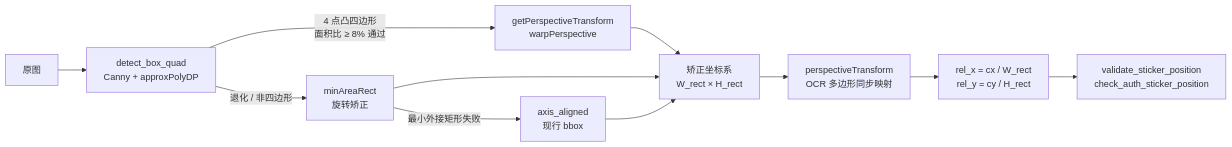
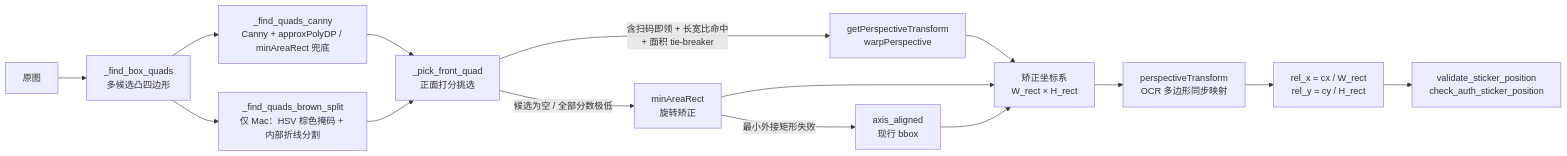
Before and after one commit to LYL010-ADELA/OCR-sticker: the diagram in README.md, drawn with Mermaid. The commit also changed other lines of this file and 2 other files, not shown here.

````diff
--- a/README.md
+++ b/README.md
@@ -384,13 +449,17 @@
 ```mermaid
 flowchart LR
-    A[原图] --> B[detect_box_quad<br/>Canny + approxPolyDP]
-    B -->|4 点凸四边形<br/>面积比 ≥ 8% 通过| C[getPerspectiveTransform<br/>warpPerspective]
-    B -->|退化 / 非四边形| D[minAreaRect<br/>旋转矫正]
+    A[原图] --> B[_find_box_quads<br/>多候选凸四边形]
+    B --> B1[_find_quads_canny<br/>Canny + approxPolyDP / minAreaRect 兜底]
+    B --> B2["_find_quads_brown_split<br/>仅 Mac：HSV 棕色掩码 + 内部折线分割"]
+    B1 --> P[_pick_front_quad<br/>正面打分挑选]
+    B2 --> P
+    P -->|含扫码即领 + 长宽比命中<br/>+ 面积 tie-breaker| C[getPerspectiveTransform<br/>warpPerspective]
+    P -->|候选为空 / 全部分数极低| D[minAreaRect<br/>旋转矫正]
     D -->|最小外接矩形失败| E[axis_aligned<br/>现行 bbox]
     C --> F[矫正坐标系<br/>W_rect × H_rect]
     D --> F
     E --> F
     F --> G[perspectiveTransform<br/>OCR 多边形同步映射]
     G --> H[rel_x = cx / W_rect<br/>rel_y = cy / H_rect]
     H --> I[validate_sticker_position<br/>check_auth_sticker_position]
 ```
````
